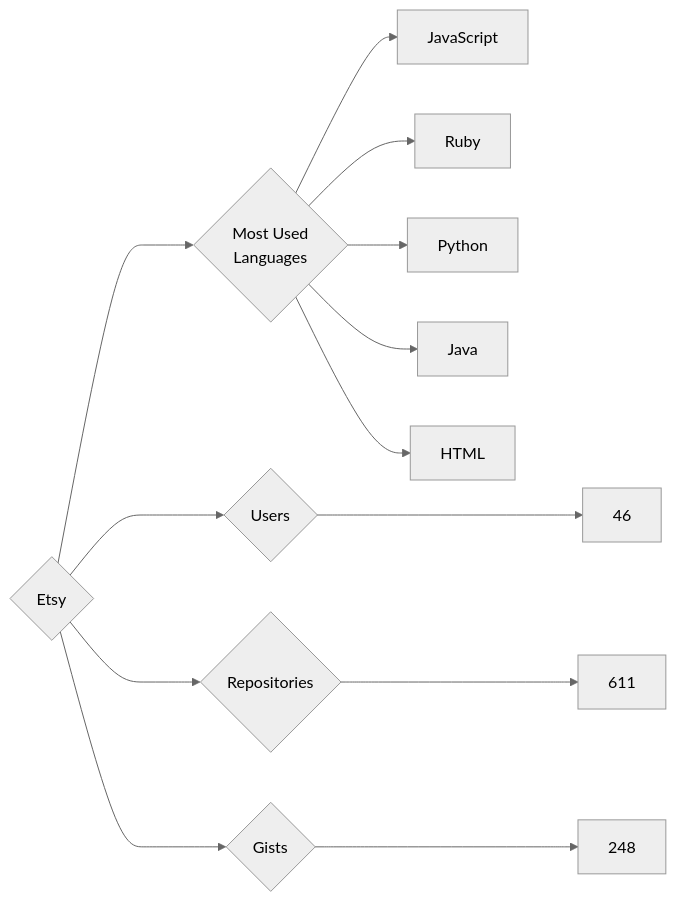
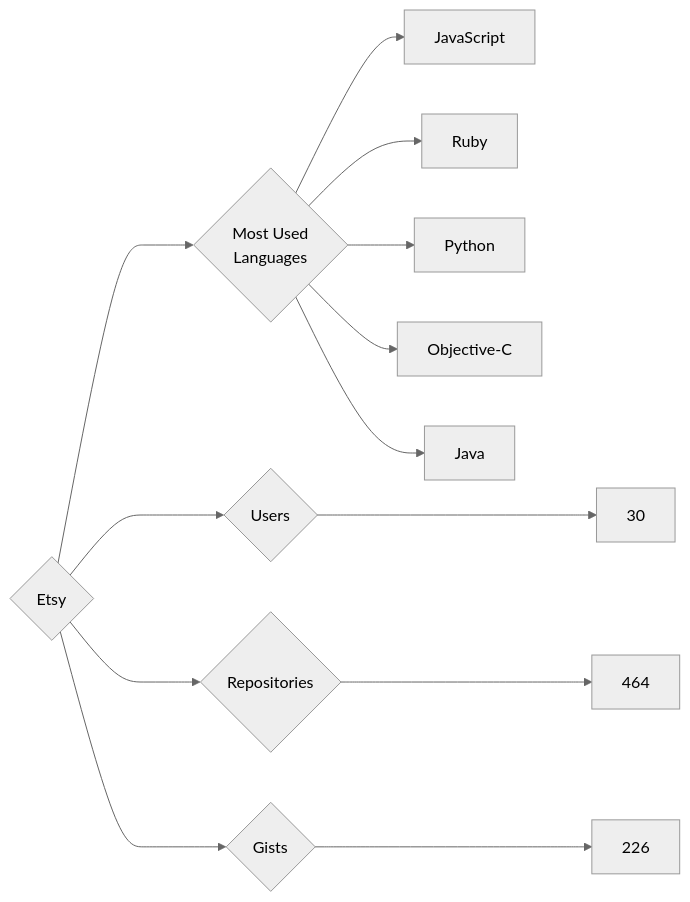
Before and after one commit to trickest/insiders: the diagram in targets/Etsy/README.md, drawn with Mermaid (neutral theme). The commit also changed 888 other files, not shown here.

````diff
--- a/targets/Etsy/README.md
+++ b/targets/Etsy/README.md
@@ -3,13 +3,13 @@
 ```mermaid
 graph LR
 COMPANY_NAME{Etsy}
-COMPANY_NAME ---> U{Users} ---> UN[46]
-COMPANY_NAME ---> R{Repositories} ---> RN[611]
-COMPANY_NAME ---> G{Gists} ---> GN[248]
+COMPANY_NAME ---> U{Users} ---> UN[30]
+COMPANY_NAME ---> R{Repositories} ---> RN[464]
+COMPANY_NAME ---> G{Gists} ---> GN[226]
 COMPANY_NAME ---> ML{Most Used<br>Languages}
 ML --> JavaScript[JavaScript]
 ML --> Ruby[Ruby]
 ML --> Python[Python]
+ML --> Objective-C[Objective-C]
 ML --> Java[Java]
-ML --> HTML[HTML]
 ```
````
